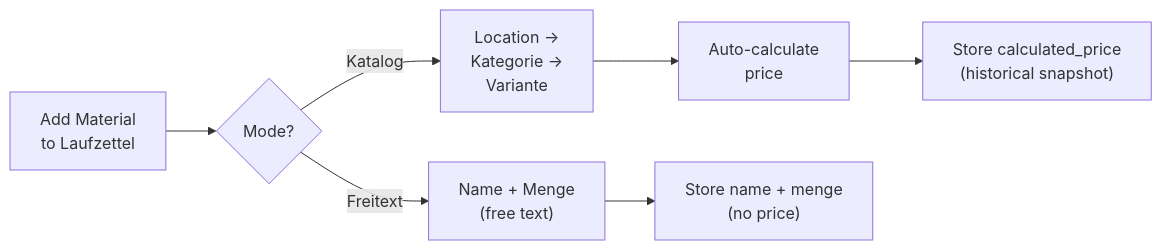
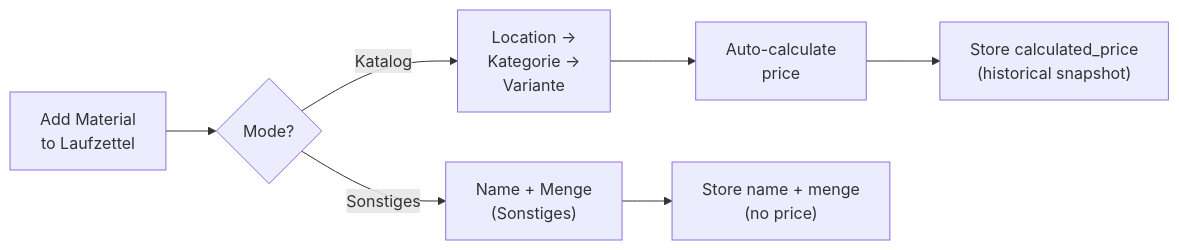
The second of 2 diagrams in docs/03-tags-and-laufzettel.en.md (AlexErlewein/MakerPi_GroundControl), drawn with Mermaid before and after one commit. The commit also changed 16 other files, not shown here.

Commit message:
feat: changed UI to use Sonstiges instead of Freitext

````diff
--- a/docs/03-tags-and-laufzettel.en.md
+++ b/docs/03-tags-and-laufzettel.en.md
@@ -83,9 +83,9 @@
 ```mermaid
 flowchart LR
     M["Add Material\nto Laufzettel"] --> Mode{"Mode?"}
-    Mode -->|Freitext| FT["Name + Menge\n(free text)"]
+    Mode -->|Sonstiges| FT["Name + Menge\n(Sonstiges)"]
     Mode -->|Katalog| CAT["Location →\nKategorie →\nVariante"]
     CAT --> PRICE["Auto-calculate\nprice"]
     PRICE --> STORE["Store calculated_price\n(historical snapshot)"]
     FT --> STORE2["Store name + menge\n(no price)"]
 ```
````
